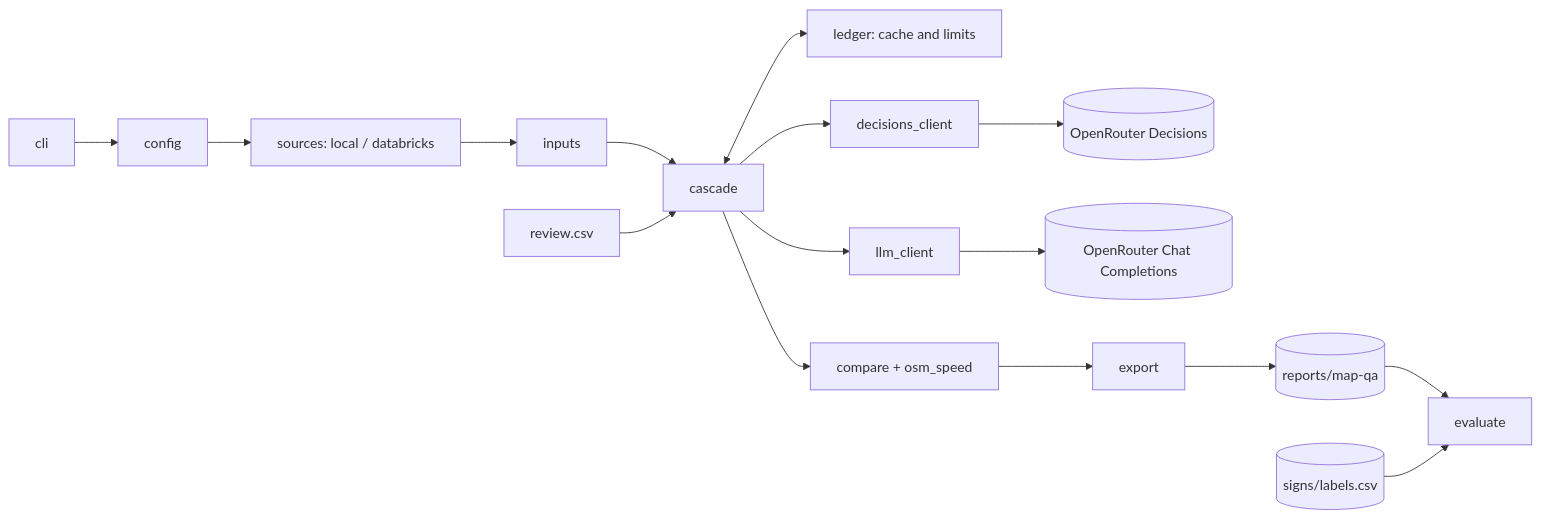
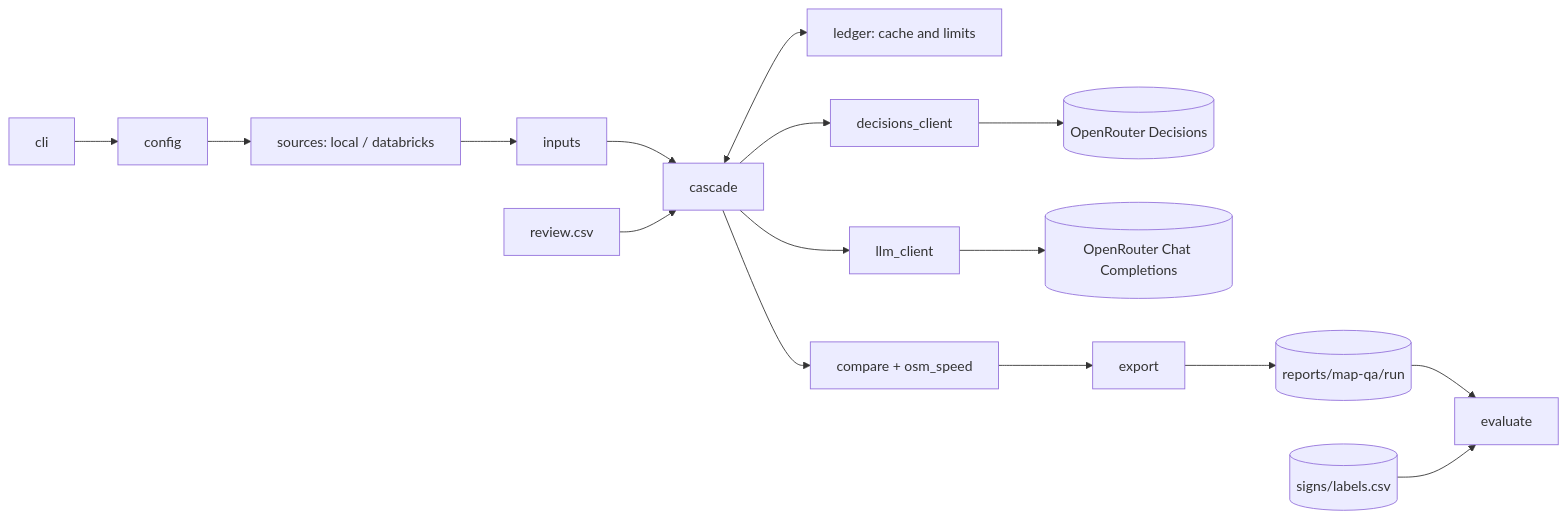
One commit to sosnowskaga/jsystems-claude-codex-gis-2026-11 changed the first of 3 diagrams in docs/ADR/000-main-architecture.md. Above: the diagram before and after it, drawn with Mermaid. The commit also changed other lines of this file and 7 other files, not shown here.

````diff
--- a/docs/ADR/000-main-architecture.md
+++ b/docs/ADR/000-main-architecture.md
@@ -196,18 +198,18 @@
 ```mermaid
 flowchart LR
     CLI[cli] --> CFG[config]
     CFG --> SRC[sources: local / databricks]
     SRC --> IN[inputs]
     IN --> CAS[cascade]
     REV[review.csv] --> CAS
     CAS <--> LED[ledger: cache and limits]
     CAS --> DEC[decisions_client]
     CAS --> LLM[llm_client]
     DEC --> OR1[(OpenRouter Decisions)]
     LLM --> OR2[(OpenRouter Chat Completions)]
     CAS --> CMP[compare + osm_speed]
     CMP --> EXP[export]
-    EXP --> OUT[(reports/map-qa)]
+    EXP --> OUT[(reports/map-qa/run)]
     OUT --> EV[evaluate]
     LAB[(signs/labels.csv)] --> EV
 ```
````
